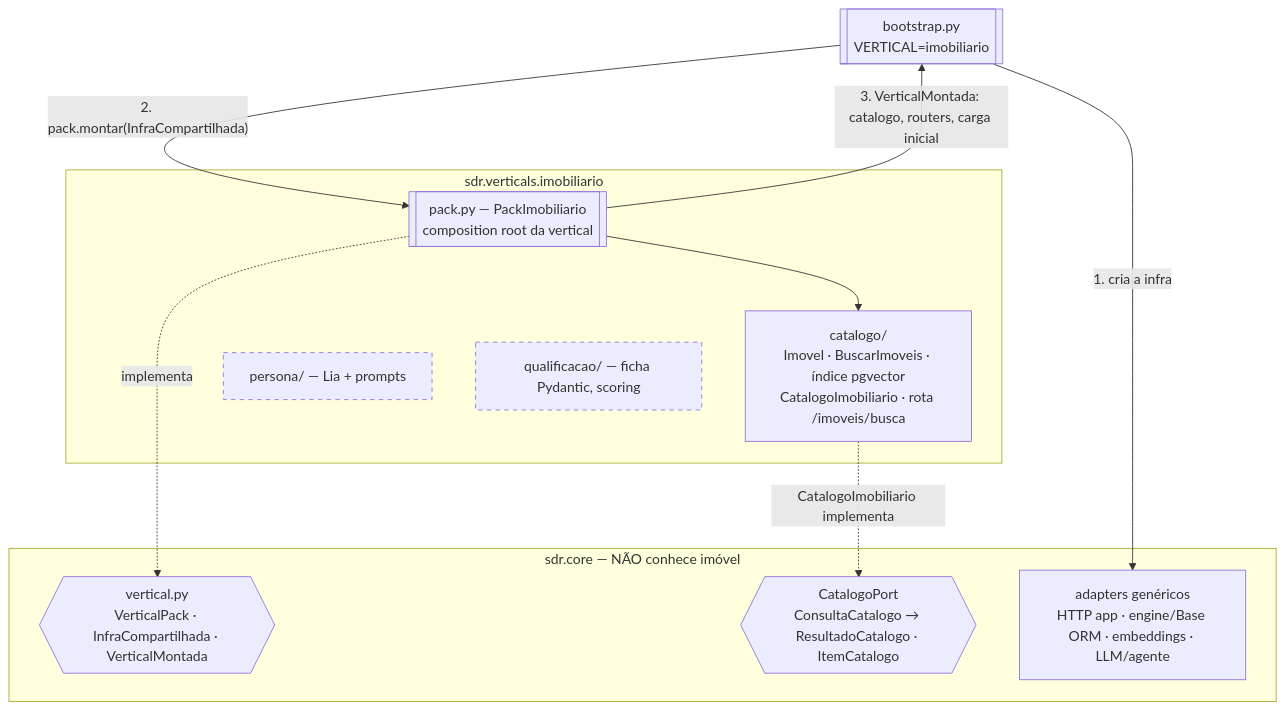
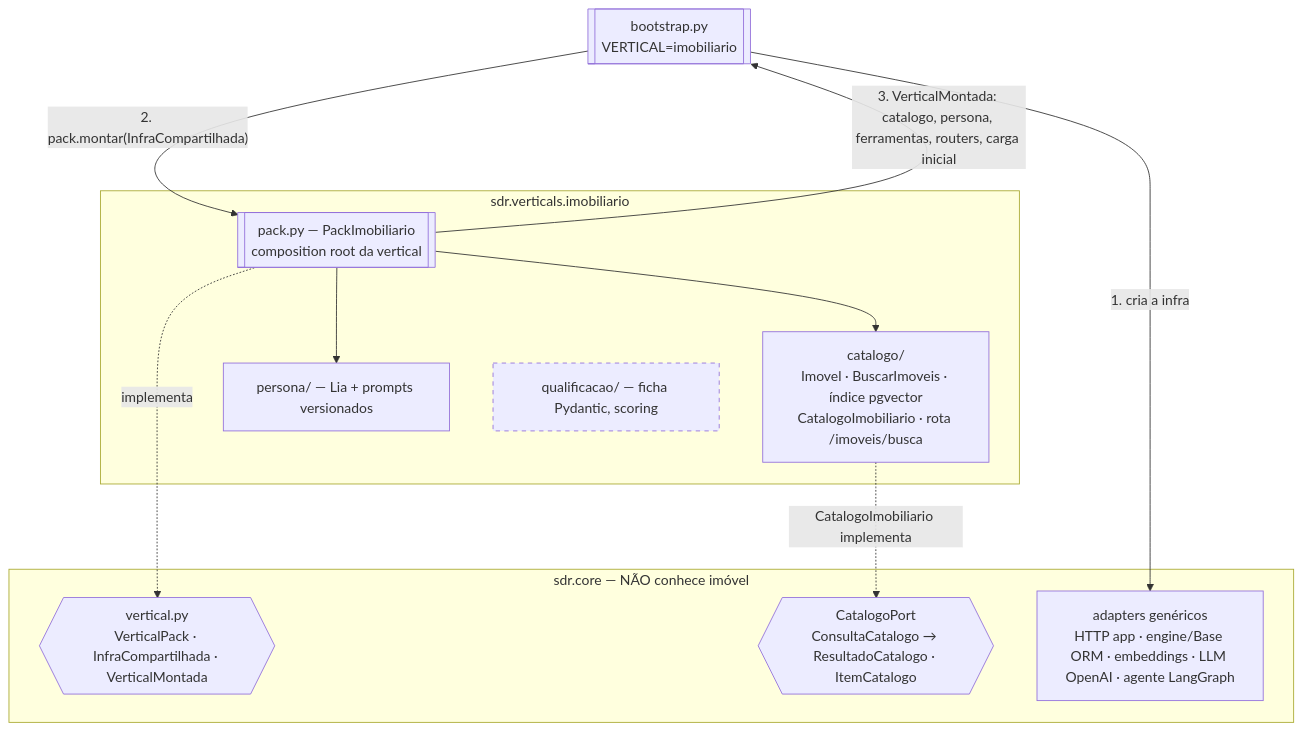
One commit to amaranini/tech-challenge-fase-5 changed the second of 9 diagrams in docs/arquitetura.md. Above: the diagram before and after it, drawn with Mermaid. The commit also changed other lines of this file and 56 other files, not shown here.

First line of the commit message:
Etapa C: agente conversacional (LangGraph + OpenAI) com memória e chat Streamlit

````diff
--- a/docs/arquitetura.md
+++ b/docs/arquitetura.md
@@ -44,26 +46,27 @@
 ```mermaid
 flowchart TB
     boot[[bootstrap.py<br/>VERTICAL=imobiliario]]
 
     subgraph core[sdr.core — NÃO conhece imóvel]
         contrato{{vertical.py<br/>VerticalPack · InfraCompartilhada · VerticalMontada}}
         cport{{CatalogoPort<br/>ConsultaCatalogo → ResultadoCatalogo · ItemCatalogo}}
-        infra[adapters genéricos<br/>HTTP app · engine/Base ORM · embeddings · LLM/agente]
+        infra[adapters genéricos<br/>HTTP app · engine/Base ORM · embeddings · LLM OpenAI · agente LangGraph]
     end
 
     subgraph vert[sdr.verticals.imobiliario]
         pack[[pack.py — PackImobiliario<br/>composition root da vertical]]
         cat[catalogo/<br/>Imovel · BuscarImoveis · índice pgvector<br/>CatalogoImobiliario · rota /imoveis/busca]
-        persona[persona/ — Lia + prompts]:::futuro
+        persona[persona/ — Lia + prompts versionados]
         qualif[qualificacao/ — ficha Pydantic, scoring]:::futuro
     end
 
     boot -- "1. cria a infra" --> infra
     boot -- "2. pack.montar(InfraCompartilhada)" --> pack
     pack -. implementa .-> contrato
     pack --> cat
     cat -. "CatalogoImobiliario implementa" .-> cport
-    pack -- "3. VerticalMontada: catalogo, routers, carga inicial" --> boot
+    pack --> persona
+    pack -- "3. VerticalMontada: catalogo, persona, ferramentas, routers, carga inicial" --> boot
 
     classDef futuro stroke-dasharray: 5 5
 ```
````
